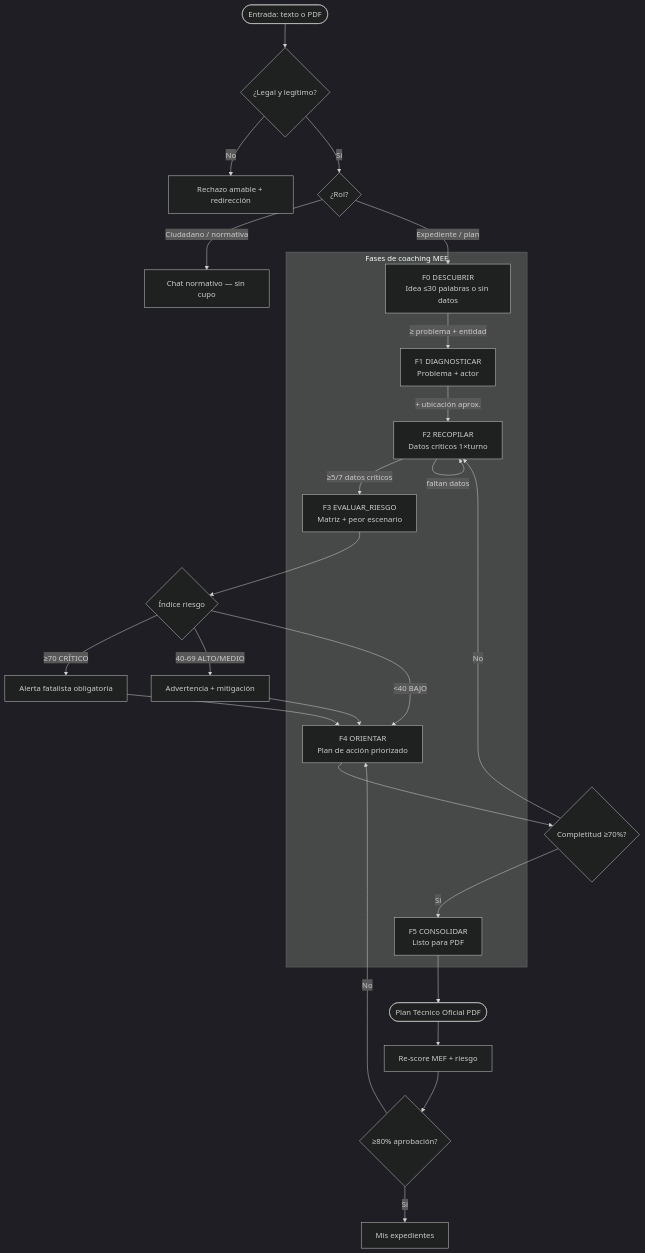
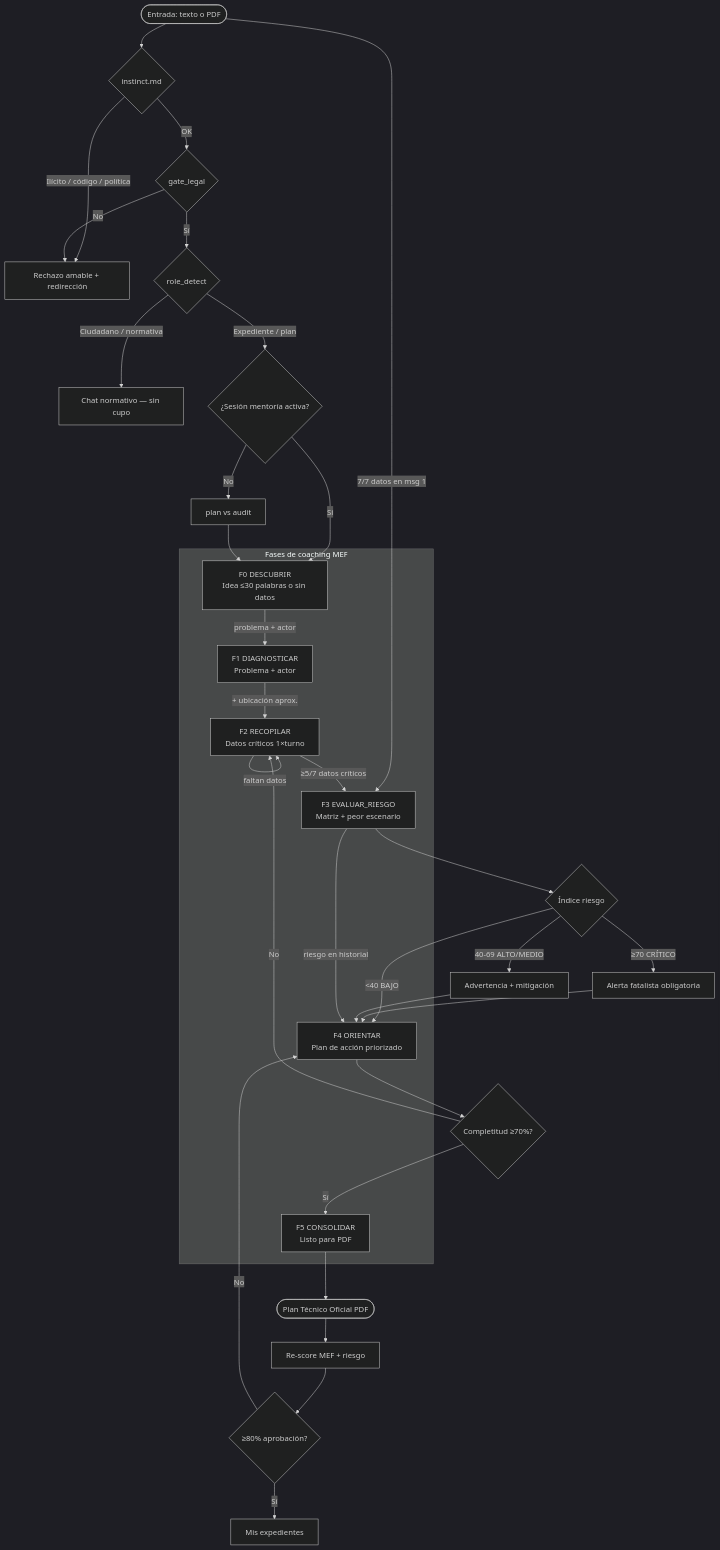
One commit to kimisamiyo/Agente-Autonomo-Consejero-Estatal-Digital-Ortiz-Razo- changed the first of 3 diagrams in CEDIT/agent_mind/decision_graph.md. Above: the diagram before and after it, drawn with Mermaid (dark theme). The commit also changed other lines of this file and 1 other file, not shown here.

````diff
--- a/CEDIT/agent_mind/decision_graph.md
+++ b/CEDIT/agent_mind/decision_graph.md
@@ -20,36 +21,43 @@
 ```mermaid
 flowchart TB
-    START([Entrada: texto o PDF]) --> GATE{¿Legal y legítimo?}
-    GATE -->|No| REJECT[Rechazo amable + redirección]
-    GATE -->|Sí| ROLE{¿Rol?}
+    START([Entrada: texto o PDF]) --> INST{instinct.md}
+    INST -->|Ilícito / código / política| REJECT[Rechazo amable + redirección]
+    INST -->|OK| GATE{gate_legal}
+    GATE -->|No| REJECT
+    GATE -->|Sí| ROLE{role_detect}
     ROLE -->|Ciudadano / normativa| NORM[Chat normativo — sin cupo]
-    ROLE -->|Expediente / plan| M0
+    ROLE -->|Expediente / plan| SESS{¿Sesión mentoría activa?}
+    SESS -->|Sí| M0
+    SESS -->|No| MODE[plan vs audit]
+    MODE --> M0
 
     subgraph FASES["Fases de coaching MEF"]
         M0[F0 DESCUBRIR<br/>Idea ≤30 palabras o sin datos]
         M1[F1 DIAGNOSTICAR<br/>Problema + actor]
         M2[F2 RECOPILAR<br/>Datos críticos 1×turno]
         M3[F3 EVALUAR_RIESGO<br/>Matriz + peor escenario]
         M4[F4 ORIENTAR<br/>Plan de acción priorizado]
         M5[F5 CONSOLIDAR<br/>Listo para PDF]
     end
 
-    M0 -->|≥ problema + entidad| M1
+    M0 -->|problema + actor| M1
     M1 -->|+ ubicación aprox.| M2
+    START -->|7/7 datos en msg 1| M3
     M2 -->|≥5/7 datos críticos| M3
     M2 -->|faltan datos| M2
     M3 --> RISK{Índice riesgo}
     RISK -->|≥70 CRÍTICO| FATAL[Alerta fatalista obligatoria]
     RISK -->|40-69 ALTO/MEDIO| WARN[Advertencia + mitigación]
     RISK -->|<40 BAJO| M4
     FATAL --> M4
     WARN --> M4
+    M3 -->|riesgo en historial| M4
     M4 --> READY{Completitud ≥70%?}
     READY -->|No| M2
     READY -->|Sí| M5
     M5 --> PDF([Plan Técnico Oficial PDF])
     PDF --> RESCORE[Re-score MEF + riesgo]
     RESCORE --> TH{≥80% aprobación?}
     TH -->|Sí| EXP[Mis expedientes]
     TH -->|No| M4
 ```
````
